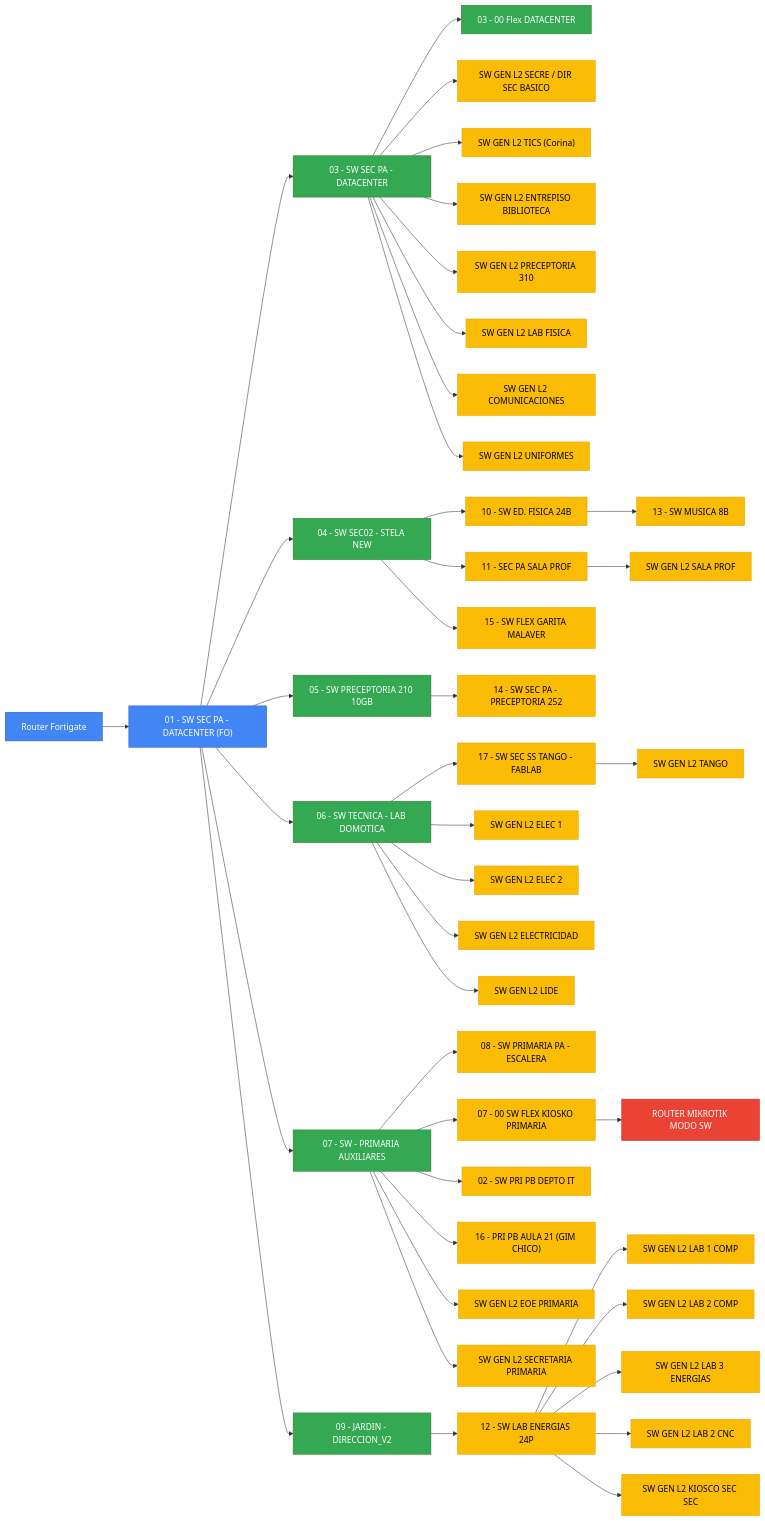
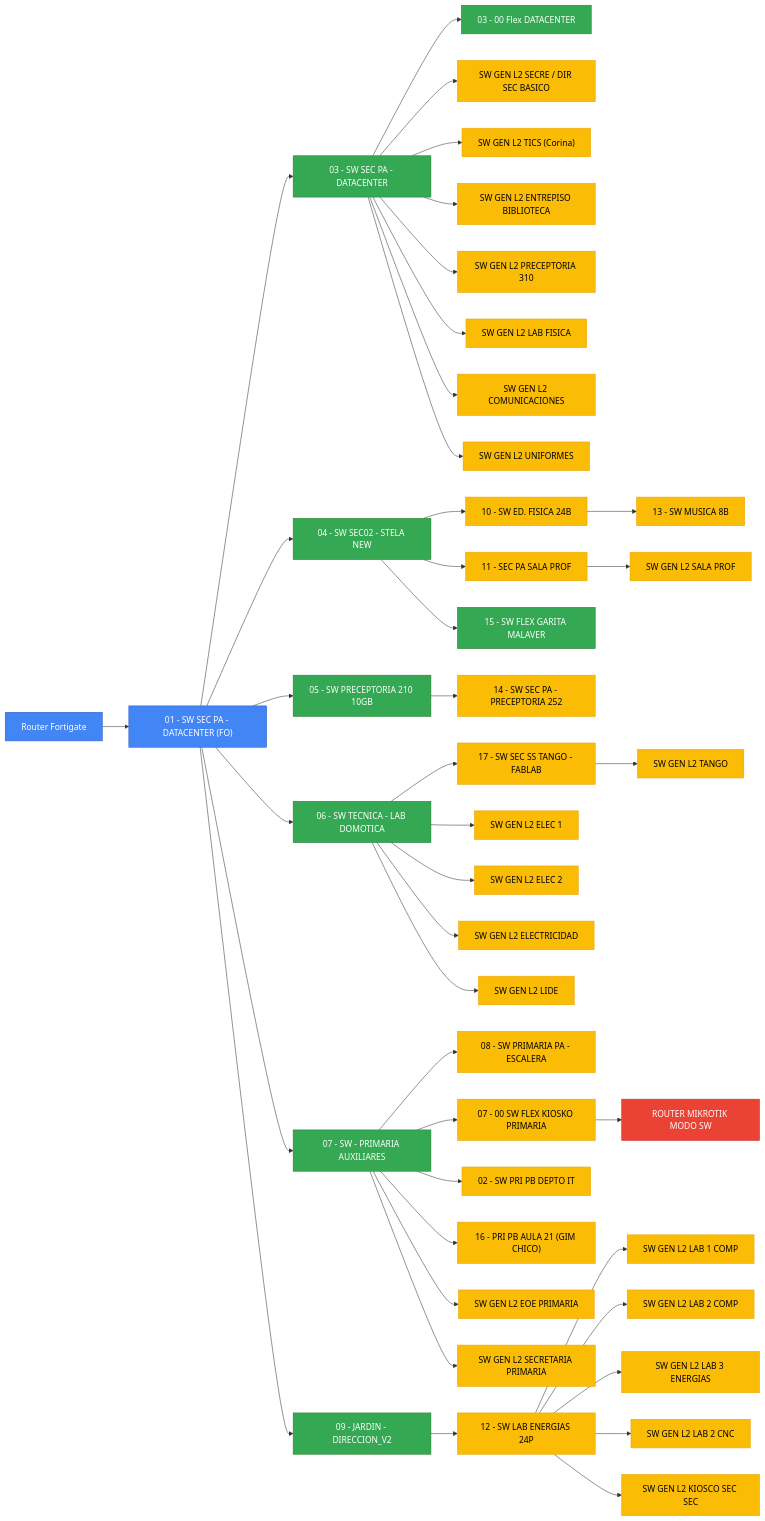
Before and after one commit to carlostcba/Topologia-LSF: the diagram in README.md, drawn with Mermaid.

````diff
--- a/README.md
+++ b/README.md
@@ -2,58 +2,58 @@
 ```mermaid
 flowchart LR
     classDef core fill:#4285F4,stroke:#2A56C6,color:white;
     classDef distribucion fill:#34A853,stroke:#2E7D32,color:white;
     classDef acceso fill:#FBBC05,stroke:#E8A203,color:black;
     classDef especial fill:#EA4335,stroke:#C62828,color:white;
 
     RF[Router Fortigate] --> C01["01 - SW SEC PA - DATACENTER (FO)"]
     C01 --> S03["03 - SW SEC PA - DATACENTER"]
     S03 --> F03["03 - 00 Flex DATACENTER"]
     S03 --> S031["SW GEN L2 SECRE / DIR SEC BASICO"]
     S03 --> S032["SW GEN L2 TICS (Corina)"]
     S03 --> S033["SW GEN L2 ENTREPISO BIBLIOTECA"]
     S03 --> S034["SW GEN L2 PRECEPTORIA 310"]
     S03 --> S035["SW GEN L2 LAB FISICA"]
     S03 --> S036["SW GEN L2 COMUNICACIONES"]
     S03 --> S037["SW GEN L2 UNIFORMES"]
 
     C01 --> S04["04 - SW SEC02 - STELA NEW"]
     S04 --> E10["10 - SW ED. FISICA 24B"]
     E10 --> M13["13 - SW MUSICA 8B"]
     S04 --> P11["11 - SEC PA SALA PROF"]
     P11 --> SPROF["SW GEN L2 SALA PROF"]
     S04 --> FLEX2["15 - SW FLEX GARITA MALAVER"]
 
     C01 --> S05["05 - SW PRECEPTORIA 210 10GB"]
     S05 --> P14["14 - SW SEC PA - PRECEPTORIA 252"]
 
     C01 --> S06["06 - SW TECNICA - LAB DOMOTICA"]
     S06 --> T17["17 - SW SEC SS TANGO - FABLAB"]
     T17 --> TANGO["SW GEN L2 TANGO"]
     S06 --> ELEC1["SW GEN L2 ELEC 1"]
     S06 --> ELEC2["SW GEN L2 ELEC 2"]
     S06 --> ELEC3["SW GEN L2 ELECTRICIDAD"]
     S06 --> LIDE["SW GEN L2 LIDE"]
 
     C01 --> S07["07 - SW - PRIMARIA AUXILIARES"]
     S07 --> P08["08 - SW PRIMARIA PA - ESCALERA"]
     S07 --> K07["07 - 00 SW FLEX KIOSKO PRIMARIA"]
     K07 --> RMIK["ROUTER MIKROTIK MODO SW"]
     S07 --> D02["02 - SW PRI PB DEPTO IT"]
     S07 --> G16["16 - PRI PB AULA 21 (GIM CHICO)"]
     S07 --> EOE["SW GEN L2 EOE PRIMARIA"]
     S07 --> SPRI["SW GEN L2 SECRETARIA PRIMARIA"]
 
     C01 --> S09["09 - JARDIN - DIRECCION_V2"]
     S09 --> L12["12 - SW LAB ENERGIAS 24P"]
     L12 --> LC1["SW GEN L2 LAB 1 COMP"]
     L12 --> LC2["SW GEN L2 LAB 2 COMP"]
     L12 --> LE3["SW GEN L2 LAB 3 ENERGIAS"]
     L12 --> CNC["SW GEN L2 LAB 2 CNC"]
     L12 --> KSEC["SW GEN L2 KIOSCO SEC SEC"]
 
     class RF,C01 core;
-    class S03,S04,S05,S06,S07,S09,F03 distribucion;
-    class FLEX1,FLEX2,S031,S032,S033,S034,S035,S036,S037,E10,M13,P11,SPROF,P14,T17,TANGO,ELEC1,ELEC2,ELEC3,LIDE,P08,K07,RMIK,D02,G16,EOE,SPRI,L12,LC1,LC2,LE3,CNC,KSEC acceso;
+    class S03,S04,S05,S06,S07,S09,F03,FLEX1,FLEX2,P11 distribucion;
+    class S031,S032,S033,S034,S035,S036,S037,E10,M13,P11,P14,T17,SPROF,TANGO,ELEC1,ELEC2,ELEC3,LIDE,P08,K07,D02,G16,EOE,SPRI,L12,LC1,LC2,LE3,CNC,KSEC acceso;
     class RMIK especial;
 ```
````
